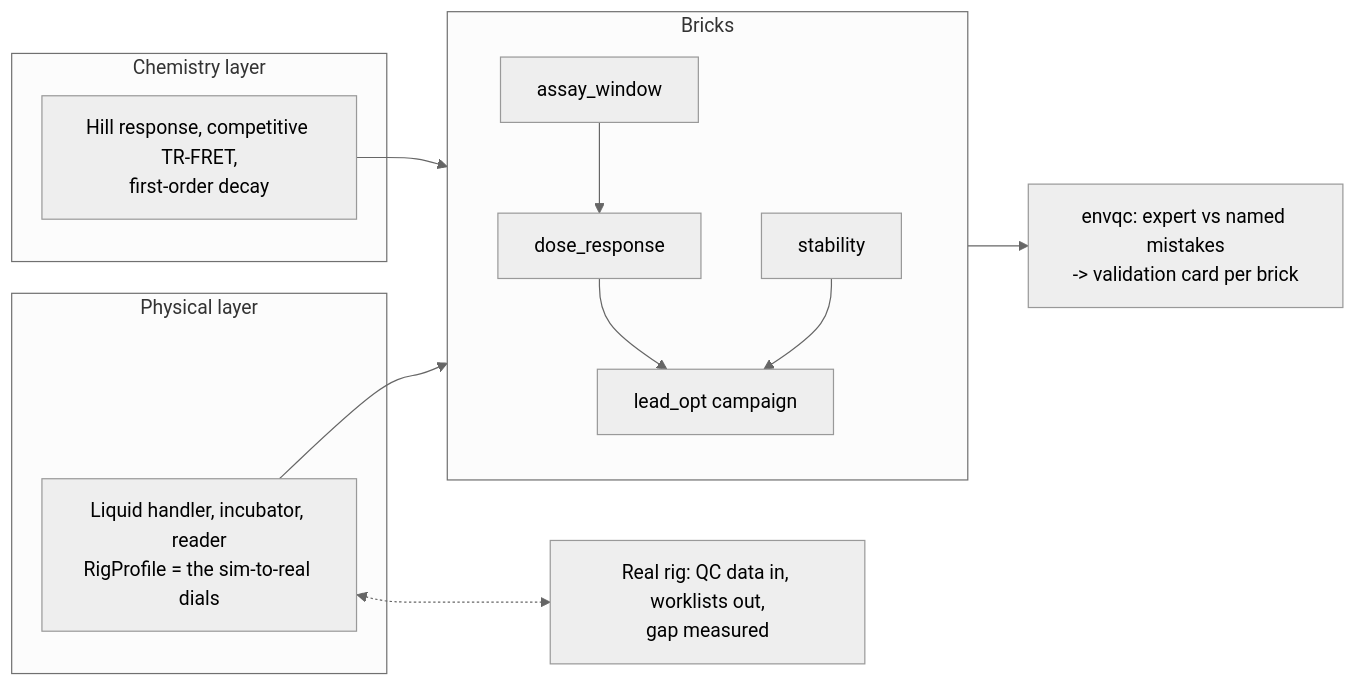
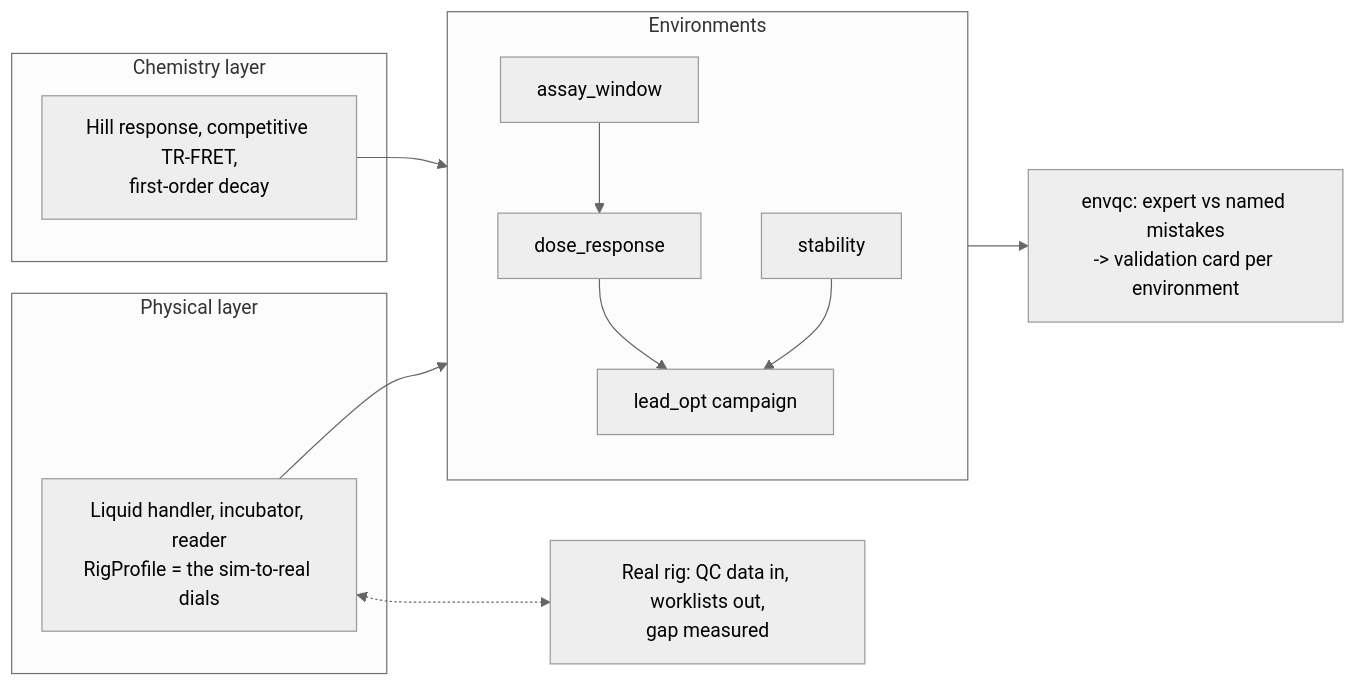
Before and after one commit to di-omics/drugdev-gym: the diagram in README.md, drawn with Mermaid (neutral theme). The commit also changed other lines of this file and 37 other files, not shown here.

First line of the commit message:
Rename to drugdev-gym; environments instead of bricks; fixes from review

````diff
--- a/README.md
+++ b/README.md
@@ -26,18 +31,18 @@
 ```mermaid
 flowchart LR
   subgraph physical [Physical layer]
     rig[Liquid handler, incubator, reader<br/>RigProfile = the sim-to-real dials]
   end
   subgraph chem [Chemistry layer]
     c[Hill response, competitive TR-FRET,<br/>first-order decay]
   end
-  subgraph bricks [Bricks]
+  subgraph environments [Environments]
     aw[assay_window] --> dr[dose_response]
     dr --> lo[lead_opt campaign]
     st[stability] --> lo
   end
-  rig --> bricks
-  c --> bricks
-  bricks --> qc[envqc: expert vs named mistakes<br/>-> validation card per brick]
+  rig --> environments
+  c --> environments
+  environments --> qc[envqc: expert vs named mistakes<br/>-> validation card per environment]
   rig <-.-> real[Real rig: QC data in, worklists out,<br/>gap measured]
 ```
````
